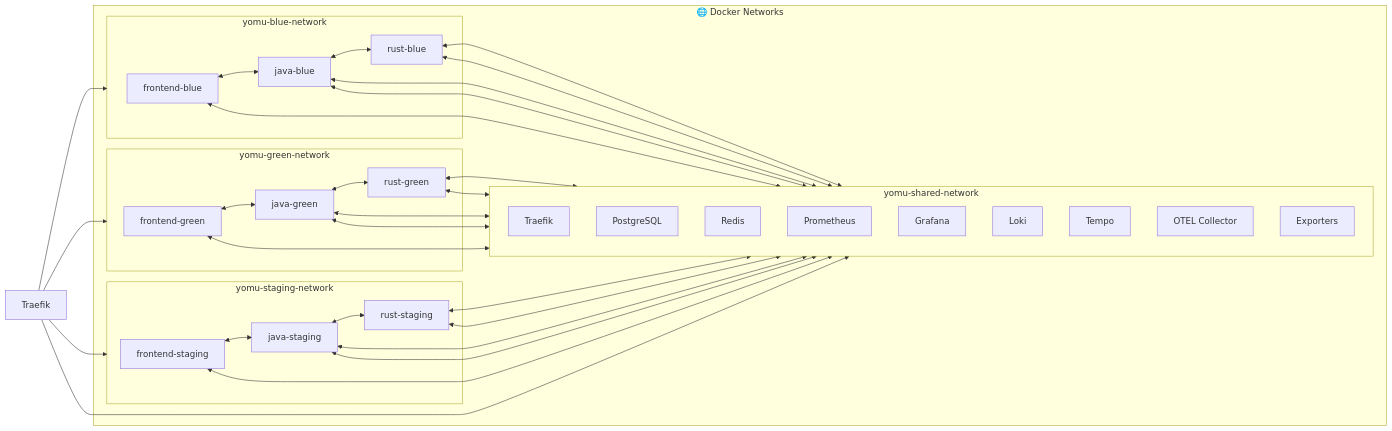
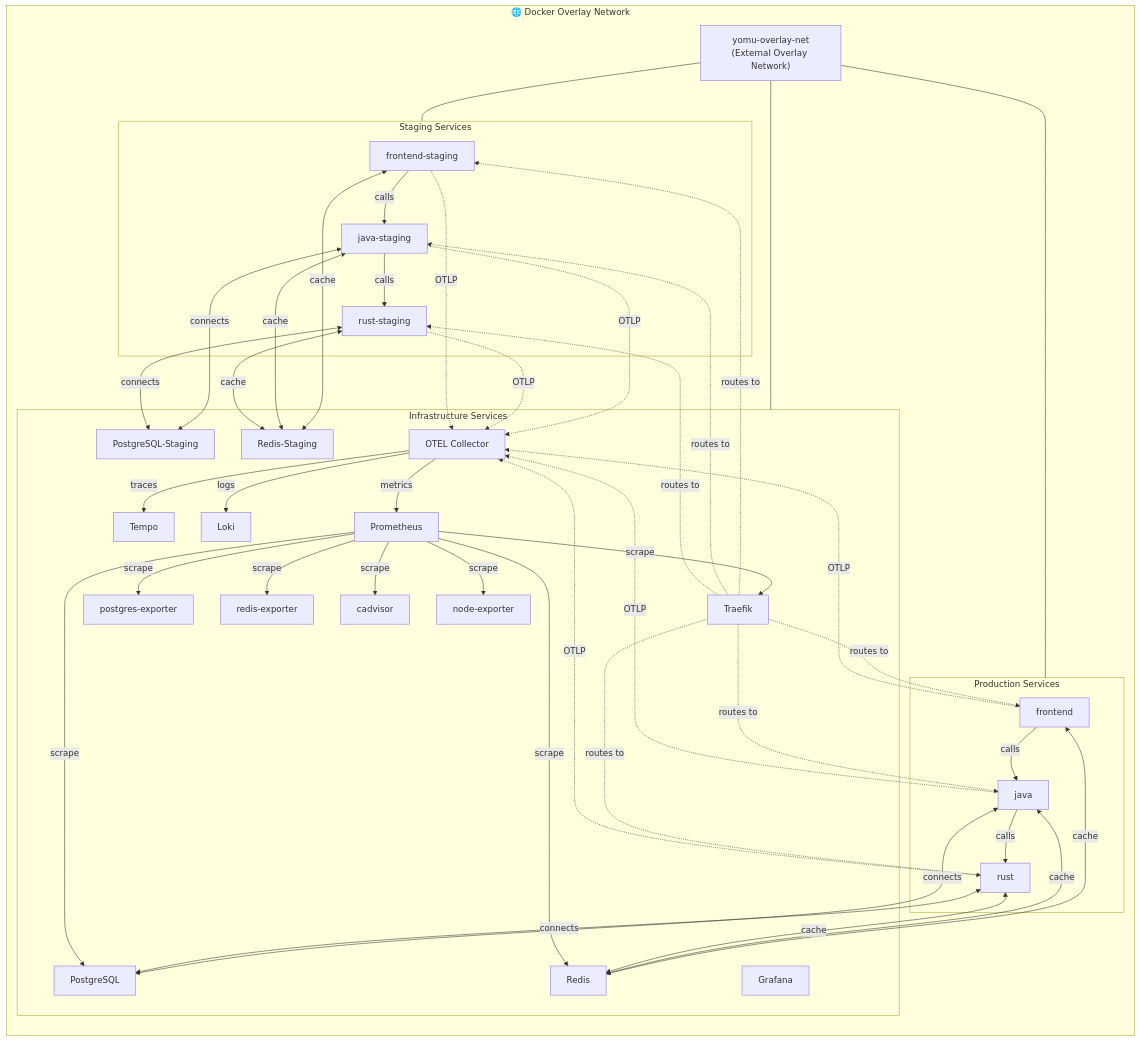
The second of 11 diagrams in ARCHITECTURE.md (advprog-2026-A14-project/yomu-infra), drawn with Mermaid before and after one commit. The commit also changed other lines of this file and 11 other files, not shown here.

````diff
--- a/ARCHITECTURE.md
+++ b/ARCHITECTURE.md
@@ -125,56 +129,63 @@
 ```mermaid
 flowchart LR
-    subgraph Networks["🌐 Docker Networks"]
-        subgraph Shared["yomu-shared-network"]
-            direction TB
-            S1["Traefik"]
-            S2["PostgreSQL"]
-            S3["Redis"]
-            S4["Prometheus"]
-            S5["Grafana"]
-            S6["Loki"]
-            S7["Tempo"]
-            S8["OTEL Collector"]
-            S9["Exporters"]
+    subgraph Networks["🌐 Docker Overlay Network"]
+        direction TB
+        ON["yomu-overlay-net<br/>(External Overlay Network)"]
+
+        subgraph Infra["Infrastructure Services"]
+            T["Traefik"]
+            PG["PostgreSQL"]
+            PGS["PostgreSQL-Staging"]
+            RD["Redis"]
+            RDS["Redis-Staging"]
+            PM["Prometheus"]
+            GF["Grafana"]
+            LK["Loki"]
+            TP["Tempo"]
+            OC["OTEL Collector"]
+            CD["cadvisor"]
+            NE["node-exporter"]
+            PGE["postgres-exporter"]
+            RE["redis-exporter"]
         end
 
-        subgraph BlueNet["yomu-blue-network"]
-            B1["frontend-blue"]
-            B2["java-blue"]
-            B3["rust-blue"]
+        subgraph Prod["Production Services"]
+            F["frontend"]
+            J["java"]
+            R["rust"]
         end
 
-        subgraph GreenNet["yomu-green-network"]
-            G1["frontend-green"]
-            G2["java-green"]
-            G3["rust-green"]
-        end
-
-        subgraph StagingNet["yomu-staging-network"]
-            ST1["frontend-staging"]
-            ST2["java-staging"]
-            ST3["rust-staging"]
+        subgraph Stage["Staging Services"]
+            FS["frontend-staging"]
+            JS["java-staging"]
+            RS["rust-staging"]
         end
     end
 
-    Traefik --> Shared
-    Traefik --> BlueNet
-    Traefik --> GreenNet
-    Traefik --> StagingNet
+    ON --- Infra
+    ON --- Prod
+    ON --- Stage
 
-    B1 <--> B2 <--> B3
-    G1 <--> G2 <--> G3
-    ST1 <--> ST2 <--> ST3
+    T -.->|"routes to"| F & J & R
+    T -.->|"routes to"| FS & JS & RS
 
-    B1 <--> S1
-    G1 <--> S1
-    ST1 <--> S1
+    J <-->|"connects"| PG
+    R <-->|"connects"| PG
+    F -->|"calls"| J
+    J -->|"calls"| R
 
-    B2 <--> S2 & S3
-    G2 <--> S2 & S3
-    ST2 <--> S2 & S3
+    JS <-->|"connects"| PGS
+    RS <-->|"connects"| PGS
+    FS -->|"calls"| JS
+    JS -->|"calls"| RS
 
-    B3 <--> S2 & S3
-    G3 <--> S2 & S3
-    ST3 <--> S2 & S3
+    F & J & R <-->|"cache"| RD
+    FS & JS & RS <-->|"cache"| RDS
+
+    J & R & F & JS & RS & FS -.->|"OTLP"| OC
+    OC -->|"traces"| TP
+    OC -->|"logs"| LK
+    OC -->|"metrics"| PM
+
+    PM -->|"scrape"| T & PG & RD & PGE & RE & CD & NE
 ```
````
